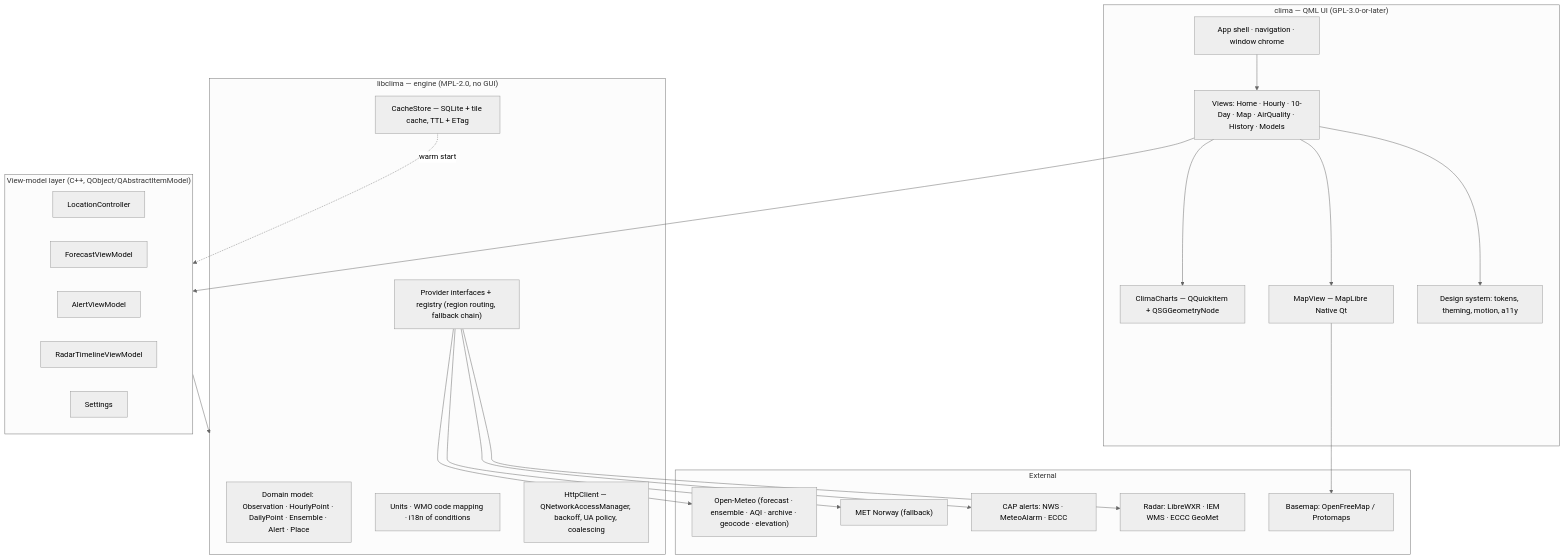
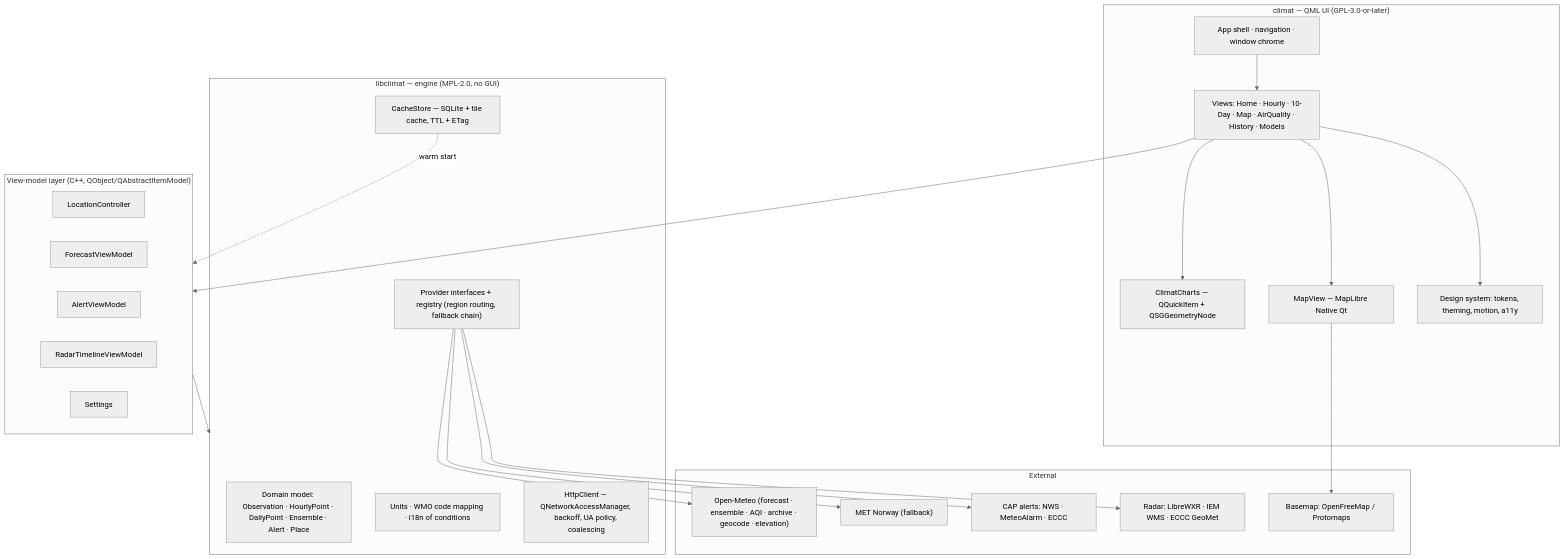
The diagram in docs/04-architecture.md (JowiAoun/clima), drawn with Mermaid (neutral theme) before and after one commit. The commit also changed other lines of this file and 590 other files, not shown here.

````diff
--- a/docs/04-architecture.md
+++ b/docs/04-architecture.md
@@ -23,43 +23,43 @@
 ```mermaid
 flowchart TB
-    subgraph UI["clima — QML UI (GPL-3.0-or-later)"]
+    subgraph UI["climat — QML UI (GPL-3.0-or-later)"]
         Shell["App shell · navigation · window chrome"]
         Views["Views: Home · Hourly · 10-Day · Map · AirQuality · History · Models"]
-        Charts["ClimaCharts — QQuickItem + QSGGeometryNode"]
+        Charts["ClimatCharts — QQuickItem + QSGGeometryNode"]
         MapView["MapView — MapLibre Native Qt"]
         Design["Design system: tokens, theming, motion, a11y"]
     end
 
     subgraph VM["View-model layer (C++, QObject/QAbstractItemModel)"]
         LocationVM["LocationController"]
         ForecastVM["ForecastViewModel"]
         AlertVM["AlertViewModel"]
         RadarVM["RadarTimelineViewModel"]
         SettingsVM["Settings"]
     end
 
-    subgraph Core["libclima — engine (MPL-2.0, no GUI)"]
+    subgraph Core["libclimat — engine (MPL-2.0, no GUI)"]
         Domain["Domain model: Observation · HourlyPoint · DailyPoint · Ensemble · Alert · Place"]
         Providers["Provider interfaces + registry (region routing, fallback chain)"]
         Cache["CacheStore — SQLite + tile cache, TTL + ETag"]
         Units["Units · WMO code mapping · i18n of conditions"]
         Net["HttpClient — QNetworkAccessManager, backoff, UA policy, coalescing"]
     end
 
     subgraph Ext["External"]
         OM["Open-Meteo (forecast · ensemble · AQI · archive · geocode · elevation)"]
         MET["MET Norway (fallback)"]
         CAP["CAP alerts: NWS · MeteoAlarm · ECCC"]
         RAD["Radar: LibreWXR · IEM WMS · ECCC GeoMet"]
         TILES["Basemap: OpenFreeMap / Protomaps"]
     end
 
     Shell --> Views --> Charts
     Views --> MapView
     Views --> Design
     Views --> VM
     VM --> Core
     Providers --> OM & MET & CAP & RAD
     MapView --> TILES
     Cache -.->|"warm start"| VM
 ```
````
